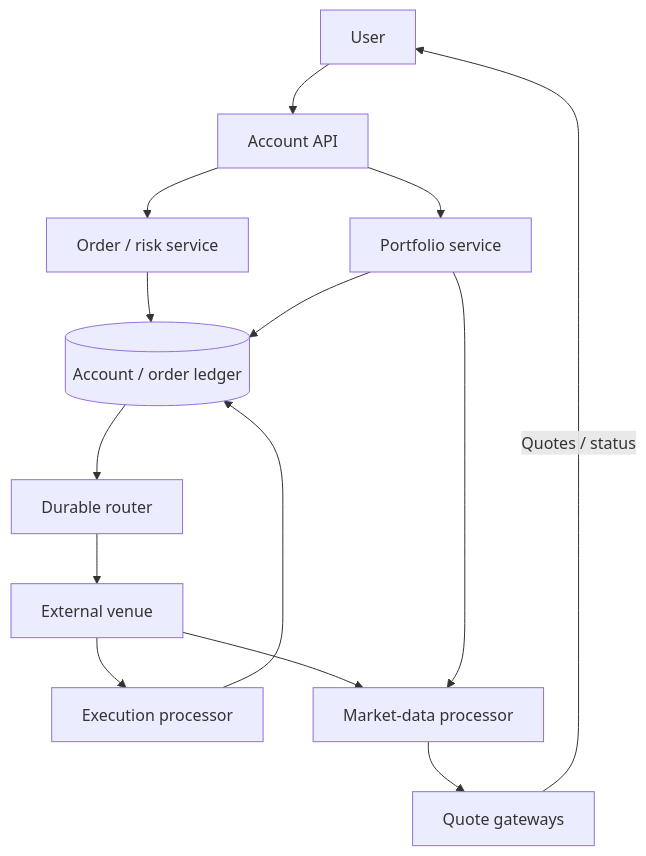
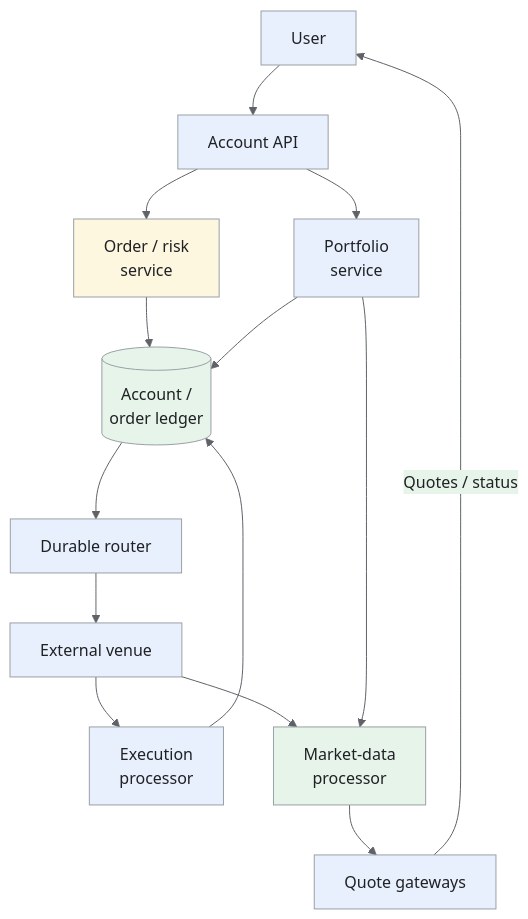
One commit to iliazlobin/iliazlobin.github.io changed the first of 5 diagrams in _designs/system-design-stock-trading-platform.md. Above: the diagram before and after it, drawn with Mermaid. The commit also changed other lines of this file and 131 other files, not shown here.

````diff
--- a/_designs/system-design-stock-trading-platform.md
+++ b/_designs/system-design-stock-trading-platform.md
@@ -154,16 +174,24 @@
 ```mermaid
+%%{init: {"theme":"base","themeVariables":{"primaryColor":"#e8f0fe","primaryBorderColor":"#9aa0a6","primaryTextColor":"#202124","secondaryColor":"#e6f4ea","tertiaryColor":"#fef7e0","lineColor":"#5f6368","actorBkg":"#e8f0fe","actorBorder":"#9aa0a6","actorTextColor":"#202124","noteBkgColor":"#fef7e0","noteBorderColor":"#9aa0a6","noteTextColor":"#202124","signalColor":"#5f6368","signalTextColor":"#202124"}}}%%
 flowchart TB
   U[User] --> API[Account API]
-  API --> O[Order / risk service]
-  O --> DB[(Account / order ledger)]
+  API --> O["Order / risk<br>service"]
+  O --> DB[("Account /<br>order ledger")]
   DB --> R[Durable router]
   R --> V[External venue]
-  V --> E[Execution processor]
+  V --> E["Execution<br>processor"]
   E --> DB
-  V --> M[Market-data processor]
+  V --> M["Market-data<br>processor"]
   M --> G[Quote gateways]
   G -->|Quotes / status| U
-  API --> P[Portfolio service]
+  API --> P["Portfolio<br>service"]
   P --> DB
   P --> M
+classDef request fill:#e8f0fe,stroke:#9aa0a6,color:#202124;
+classDef data fill:#e6f4ea,stroke:#9aa0a6,color:#202124;
+classDef control fill:#fef7e0,stroke:#9aa0a6,color:#202124;
+class U,API,R,V,E,G,P request;
+class DB,M data;
+class O control;
+
 ```
````
